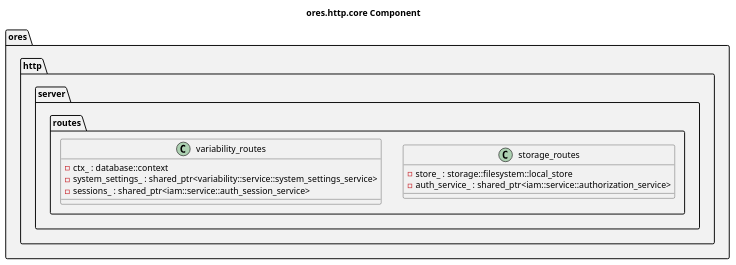
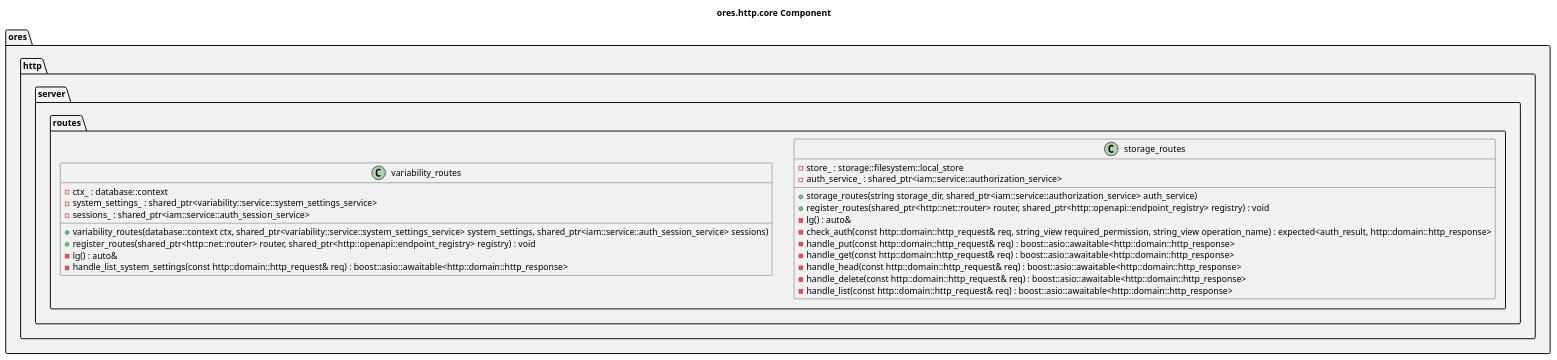
The diagram in projects/ores.http/core/modeling/ores.http.core.puml (OreStudio/OreStudio), drawn with PlantUML before and after one commit. The commit also changed 19 other files, not shown here.

```diff
--- a/projects/ores.http/core/modeling/ores.http.core.puml
+++ b/projects/ores.http/core/modeling/ores.http.core.puml
@@ -18,30 +18,43 @@
 @startuml
 
 title ores.http.core Component
 
 set namespaceSeparator ::
 
 namespace ores #F2F2F2 {
     namespace http #F2F2F2 {
         namespace server #F2F2F2 {
             namespace routes #F2F2F2 {
                 class storage_routes {
                     -store_ : storage::filesystem::local_store
                     -auth_service_ : shared_ptr<iam::service::authorization_service>
+                    +storage_routes(string storage_dir, shared_ptr<iam::service::authorization_service> auth_service)
+                    +register_routes(shared_ptr<http::net::router> router, shared_ptr<http::openapi::endpoint_registry> registry) : void
+                    -lg() : auto&
+                    -check_auth(const http::domain::http_request& req, string_view required_permission, string_view operation_name) : expected<auth_result, http::domain::http_response>
+                    -handle_put(const http::domain::http_request& req) : boost::asio::awaitable<http::domain::http_response>
+                    -handle_get(const http::domain::http_request& req) : boost::asio::awaitable<http::domain::http_response>
+                    -handle_head(const http::domain::http_request& req) : boost::asio::awaitable<http::domain::http_response>
+                    -handle_delete(const http::domain::http_request& req) : boost::asio::awaitable<http::domain::http_response>
+                    -handle_list(const http::domain::http_request& req) : boost::asio::awaitable<http::domain::http_response>
                 }
                 class variability_routes {
                     -ctx_ : database::context
                     -system_settings_ : shared_ptr<variability::service::system_settings_service>
                     -sessions_ : shared_ptr<iam::service::auth_session_service>
+                    +variability_routes(database::context ctx, shared_ptr<variability::service::system_settings_service> system_settings, shared_ptr<iam::service::auth_session_service> sessions)
+                    +register_routes(shared_ptr<http::net::router> router, shared_ptr<http::openapi::endpoint_registry> registry) : void
+                    -lg() : auto&
+                    -handle_list_system_settings(const http::domain::http_request& req) : boost::asio::awaitable<http::domain::http_response>
                 }
             }
         }
     }
 }
 
 ' --- manual: everything below this line is hand-authored; the script preserves it ---
 
 ' Local Variables:
 ' compile-command: "java -Djava.awt.headless=true -DPLANTUML_SECURITY_PROFILE=UNSECURE -DPLANTUML_LIMIT_SIZE=65535 -jar /usr/share/plantuml/plantuml.jar ores.http.core.puml"
 ' End:
 @enduml
```
